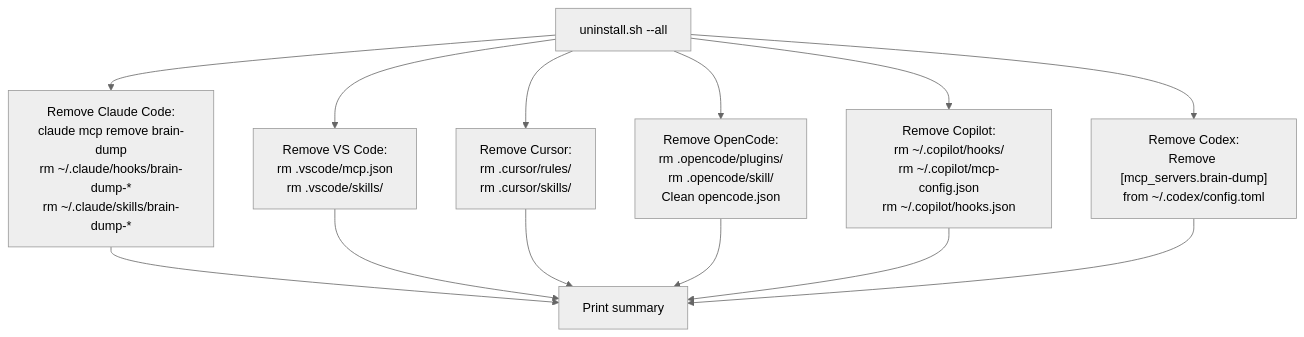
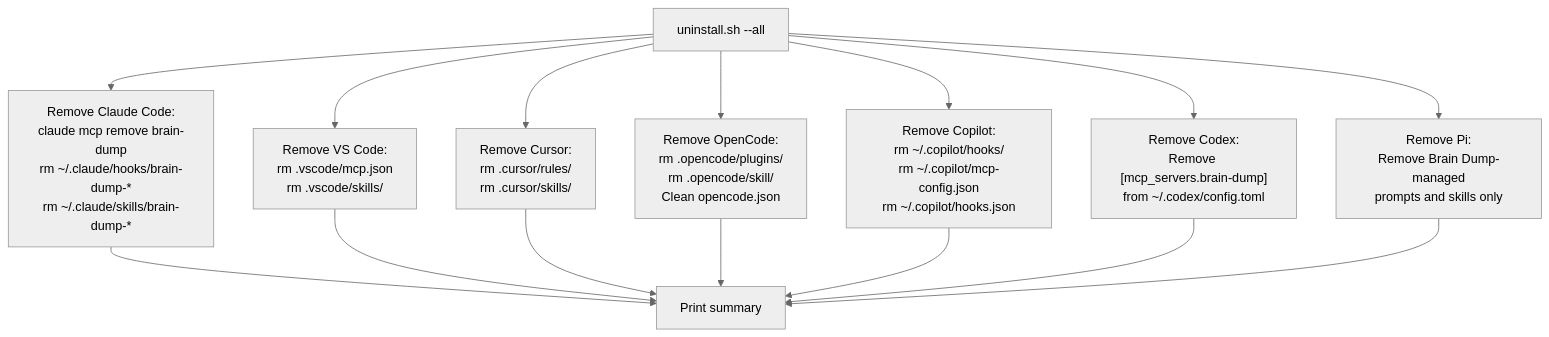
The tenth of 10 diagrams in docs/installation-architecture.md (salmanrrana/brain-dump), drawn with Mermaid (neutral theme) before and after one commit. The commit also changed other lines of this file and 55 other files, not shown here.

First line of the commit message:
Epic 625a4546: Onboard Pi provider across Brain Dump (#133)

````diff
--- a/docs/installation-architecture.md
+++ b/docs/installation-architecture.md
@@ -328,16 +359,18 @@
 ```mermaid
 flowchart TB
     Start["uninstall.sh --all"] --> Claude["Remove Claude Code:<br/>claude mcp remove brain-dump<br/>rm ~/.claude/hooks/brain-dump-*<br/>rm ~/.claude/skills/brain-dump-*"]
     Start --> VSCode["Remove VS Code:<br/>rm .vscode/mcp.json<br/>rm .vscode/skills/"]
     Start --> Cursor["Remove Cursor:<br/>rm .cursor/rules/<br/>rm .cursor/skills/"]
     Start --> OpenCode["Remove OpenCode:<br/>rm .opencode/plugins/<br/>rm .opencode/skill/<br/>Clean opencode.json"]
     Start --> Copilot["Remove Copilot:<br/>rm ~/.copilot/hooks/<br/>rm ~/.copilot/mcp-config.json<br/>rm ~/.copilot/hooks.json"]
     Start --> Codex["Remove Codex:<br/>Remove [mcp_servers.brain-dump]<br/>from ~/.codex/config.toml"]
+    Start --> Pi["Remove Pi:<br/>Remove Brain Dump-managed<br/>prompts and skills only"]
 
     Claude --> Summary
     VSCode --> Summary
     Cursor --> Summary
     OpenCode --> Summary
     Copilot --> Summary
     Codex --> Summary["Print summary"]
+    Pi --> Summary
 ```
````
